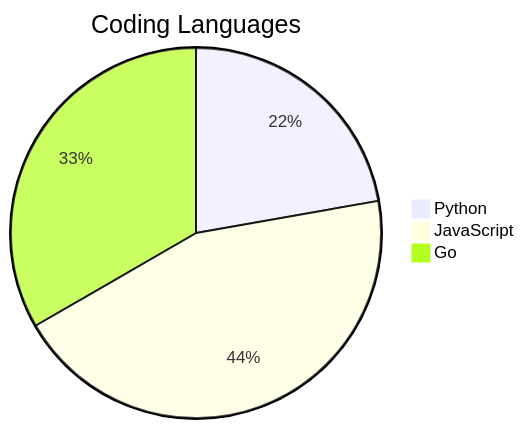
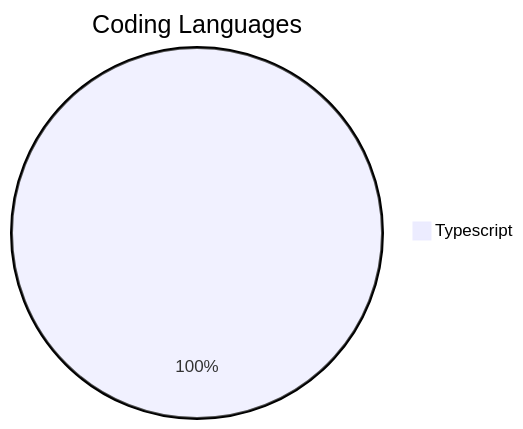
The first of 2 diagrams in README.md (salauddin-sifat-qp/qp-coding-challenge), drawn with Mermaid before and after one commit. The commit also changed other lines of this file, not shown here.

Commit message:
update chart

````diff
--- a/README.md
+++ b/README.md
@@ -26,6 +26,4 @@
 ```mermaid
 pie title Coding Languages
-    "Python" : 2
-    "JavaScript" : 4
-    "Go" : 3
+    "Typescript" : 1
 ```
````
